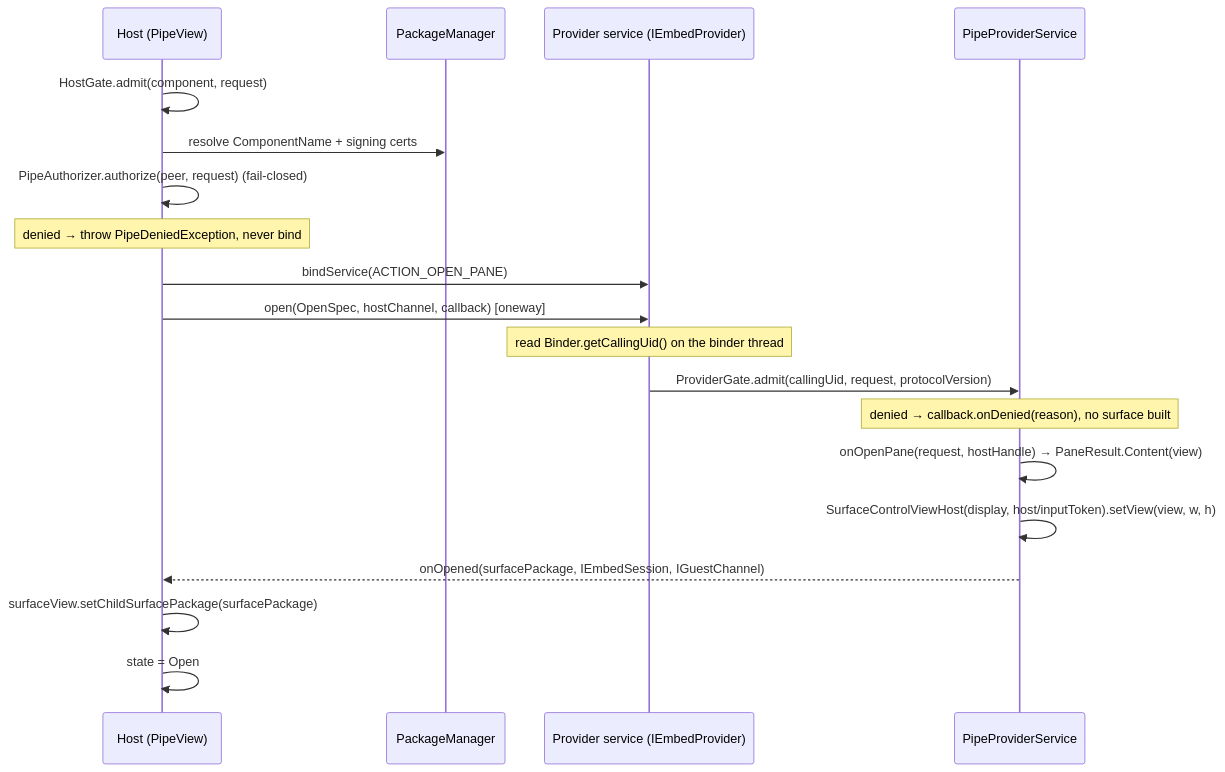
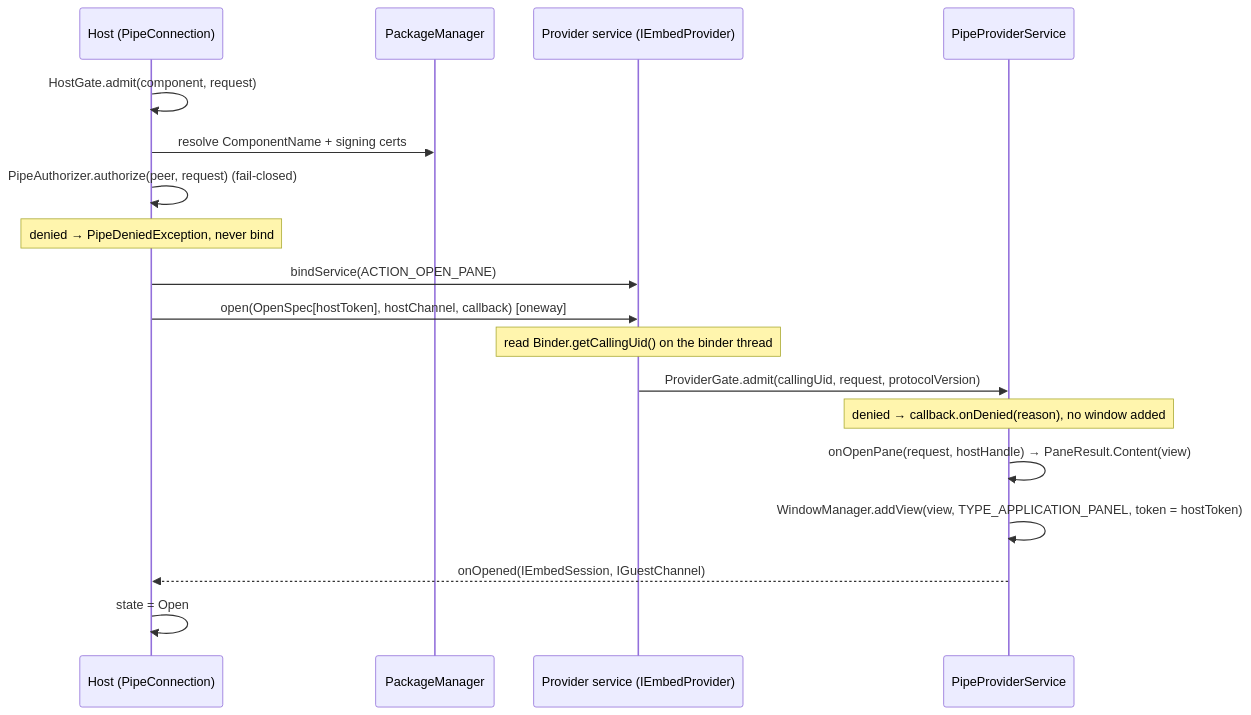
The first of 2 diagrams in ARCHITECTURE.md (iamjosephmj/uI-PiPe), drawn with Mermaid before and after one commit. The commit also changed other lines of this file and 39 other files, not shown here.

````diff
--- a/ARCHITECTURE.md
+++ b/ARCHITECTURE.md
@@ -123,22 +125,21 @@
 ```mermaid
 sequenceDiagram
-    participant H as Host (PipeView)
+    participant H as Host (PipeConnection)
     participant PM as PackageManager
     participant S as Provider service (IEmbedProvider)
     participant P as PipeProviderService
 
     H->>H: HostGate.admit(component, request)
     H->>PM: resolve ComponentName + signing certs
     H->>H: PipeAuthorizer.authorize(peer, request)  (fail-closed)
-    Note over H: denied → throw PipeDeniedException, never bind
+    Note over H: denied → PipeDeniedException, never bind
     H->>S: bindService(ACTION_OPEN_PANE)
-    H->>S: open(OpenSpec, hostChannel, callback)  [oneway]
+    H->>S: open(OpenSpec[hostToken], hostChannel, callback)  [oneway]
     Note over S: read Binder.getCallingUid() on the binder thread
     S->>P: ProviderGate.admit(callingUid, request, protocolVersion)
-    Note over P: denied → callback.onDenied(reason), no surface built
+    Note over P: denied → callback.onDenied(reason), no window added
     P->>P: onOpenPane(request, hostHandle) → PaneResult.Content(view)
-    P->>P: SurfaceControlViewHost(display, host/inputToken).setView(view, w, h)
-    P-->>H: onOpened(surfacePackage, IEmbedSession, IGuestChannel)
-    H->>H: surfaceView.setChildSurfacePackage(surfacePackage)
+    P->>P: WindowManager.addView(view, TYPE_APPLICATION_PANEL, token = hostToken)
+    P-->>H: onOpened(IEmbedSession, IGuestChannel)
     H->>H: state = Open
 ```
````
